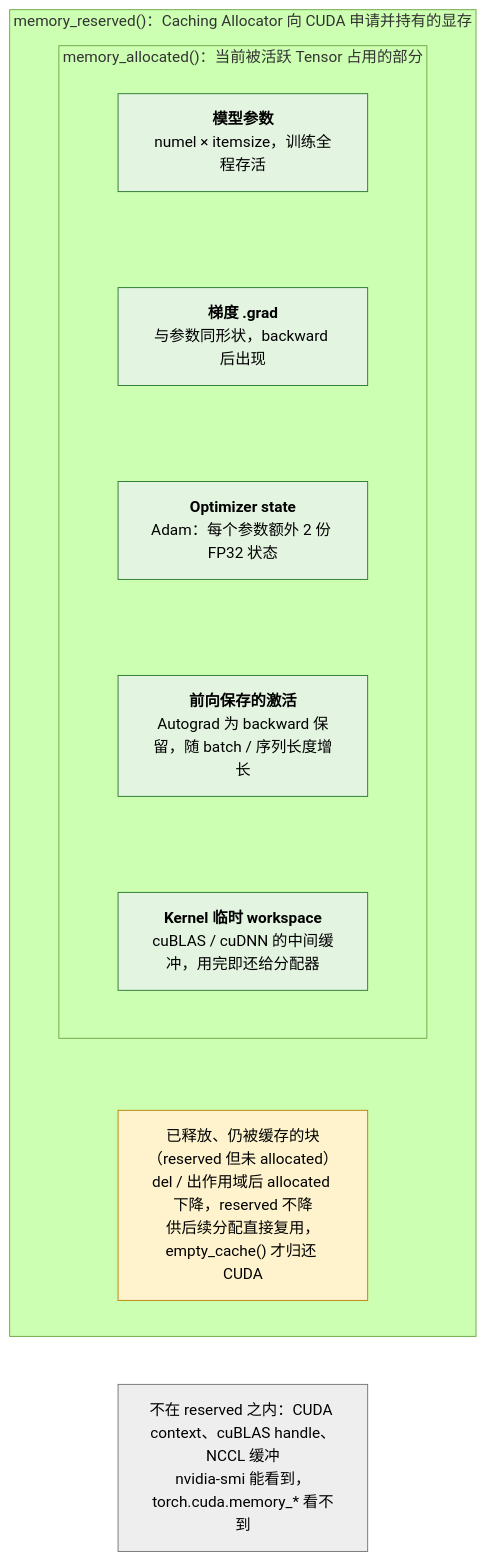
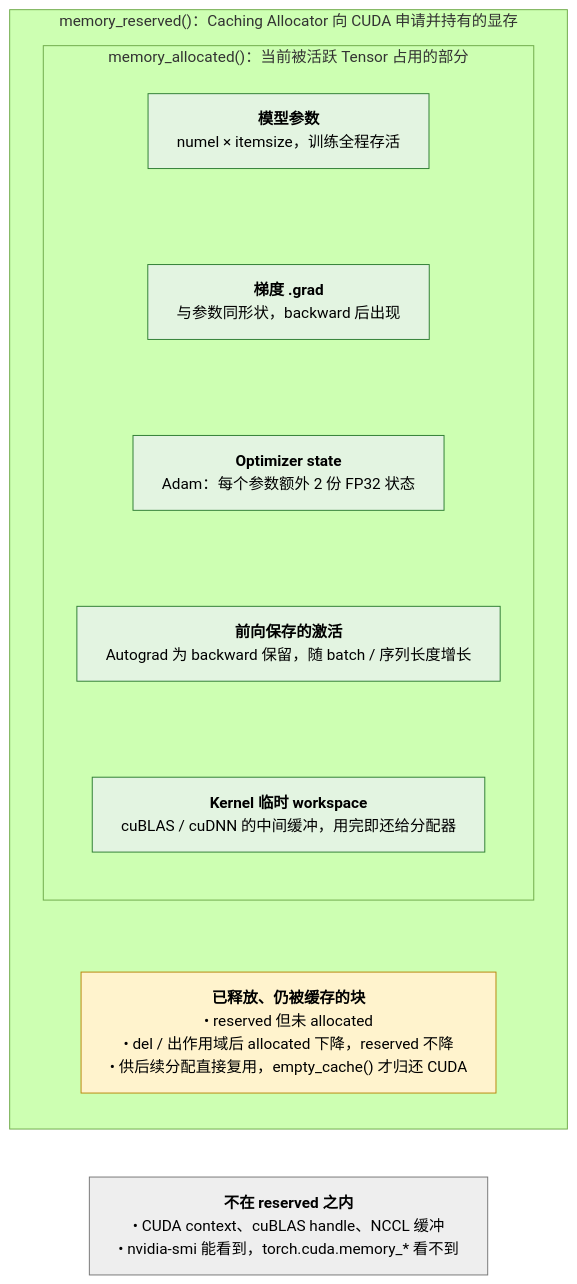
Before and after one commit to arganzheng/arganzheng.github.com: the fifth of 6 diagrams in _posts/2026-02-18-pytorch-tensor-and-memory-layout.md, drawn with Mermaid (forest theme). The commit also changed other lines of this file and 9 other files, not shown here.

First line of the commit message:
PyTorch 系列其余 9 篇：流程图方框改成「标题 + 列表」

````diff
--- a/_posts/2026-02-18-pytorch-tensor-and-memory-layout.md
+++ b/_posts/2026-02-18-pytorch-tensor-and-memory-layout.md
@@ -1275,28 +1277,29 @@
 ```mermaid
+%%{init: {"flowchart": {"wrappingWidth": 440}}}%%
 %% 图：GPU 显存的分层：memory_allocated() 是活跃 Tensor 占用的部分，memory_reserved() 还包括分配器缓存的块
 flowchart TB
     subgraph RESERVED["memory_reserved()：Caching Allocator 向 CUDA 申请并持有的显存"]
         direction TB
         subgraph ALLOCATED["memory_allocated()：当前被活跃 Tensor 占用的部分"]
             direction TB
             PARAM["<b>模型参数</b><br/>numel × itemsize，训练全程存活"]
             GRAD["<b>梯度 .grad</b><br/>与参数同形状，backward 后出现"]
             OPT["<b>Optimizer state</b><br/>Adam：每个参数额外 2 份 FP32 状态"]
             ACT["<b>前向保存的激活</b><br/>Autograd 为 backward 保留，随 batch / 序列长度增长"]
             WS["<b>Kernel 临时 workspace</b><br/>cuBLAS / cuDNN 的中间缓冲，用完即还给分配器"]
         end
-        CACHE["已释放、仍被缓存的块（reserved 但未 allocated）<br/>del / 出作用域后 allocated 下降，reserved 不降<br/>供后续分配直接复用，empty_cache() 才归还 CUDA"]
+        CACHE["<b>已释放、仍被缓存的块</b><br/>• reserved 但未 allocated<br/>• del / 出作用域后 allocated 下降，reserved 不降<br/>• 供后续分配直接复用，empty_cache() 才归还 CUDA"]
     end
-    OUTSIDE["不在 reserved 之内：CUDA context、cuBLAS handle、NCCL 缓冲<br/>nvidia-smi 能看到，torch.cuda.memory_* 看不到"]
+    OUTSIDE["<b>不在 reserved 之内</b><br/>• CUDA context、cuBLAS handle、NCCL 缓冲<br/>• nvidia-smi 能看到，torch.cuda.memory_* 看不到"]
 
     PARAM ~~~ GRAD ~~~ OPT ~~~ ACT ~~~ WS
     ALLOCATED ~~~ CACHE
     RESERVED ~~~ OUTSIDE
 
     classDef live fill:#e3f4e1,stroke:#2e7d32;
     classDef cache fill:#fff3cd,stroke:#b8860b;
     classDef ext fill:#eeeeee,stroke:#777777;
     class PARAM,GRAD,OPT,ACT,WS live;
     class CACHE cache;
     class OUTSIDE ext;
 ```
````
